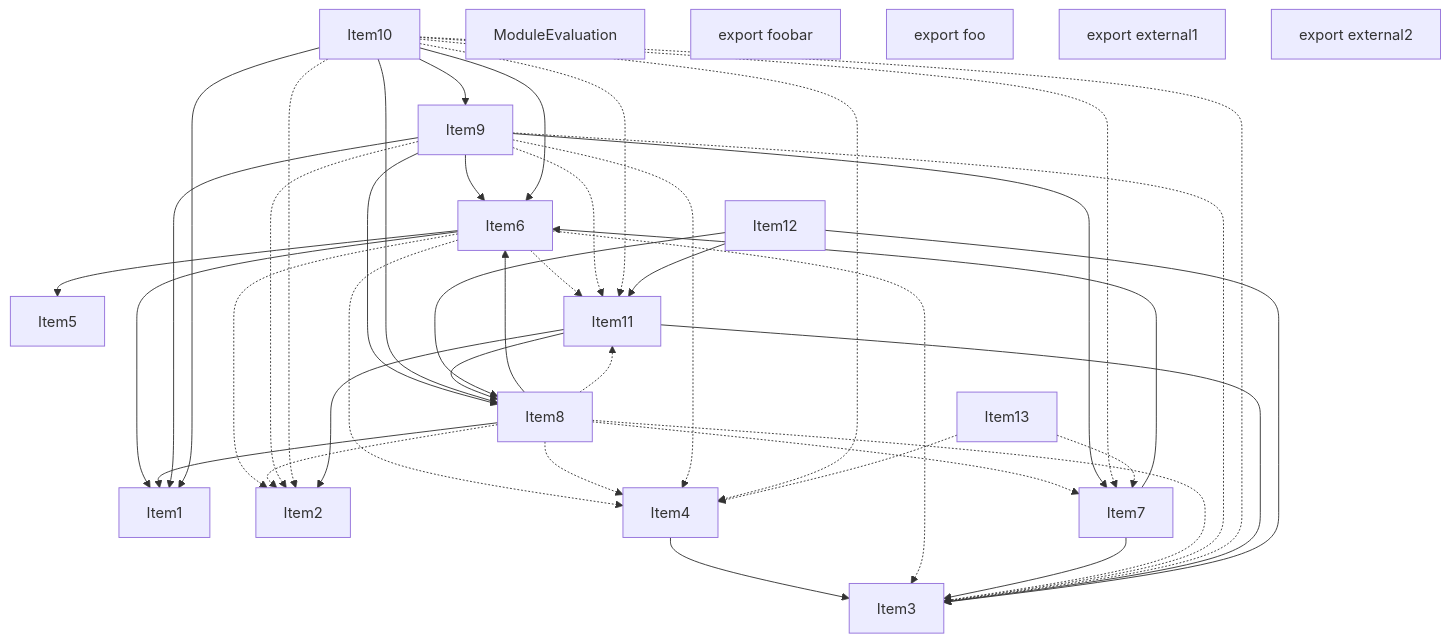
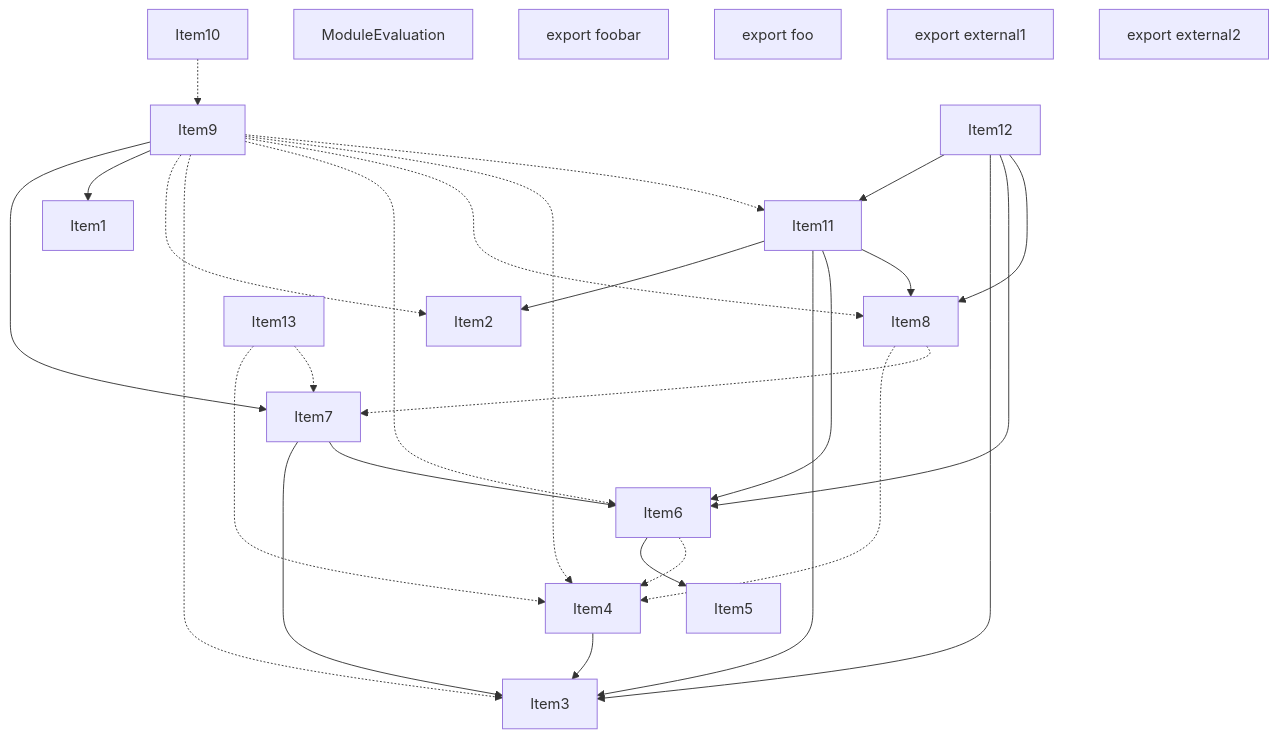
Before and after one commit to vercel/turborepo: the third of 5 diagrams in crates/turbopack-ecmascript/tests/tree-shaker/analyzer/1/output.md, drawn with Mermaid. The commit also changed other lines of this file and 12 other files, not shown here.

````diff
--- a/crates/turbopack-ecmascript/tests/tree-shaker/analyzer/1/output.md
+++ b/crates/turbopack-ecmascript/tests/tree-shaker/analyzer/1/output.md
@@ -238,67 +218,52 @@
 ```mermaid
 graph TD
     Item1;
     Item2;
     Item3;
     Item4;
     Item5;
     Item6;
     Item7;
     Item8;
     Item9;
     Item10;
     Item11;
     Item12;
     Item13;
     Item14;
     Item14["ModuleEvaluation"];
     Item15;
     Item15["export foobar"];
     Item16;
     Item16["export foo"];
     Item17;
     Item17["export external1"];
     Item18;
     Item18["export external2"];
     Item4 --> Item3;
     Item6 --> Item5;
     Item6 -.-> Item4;
-    Item6 --> Item1;
-    Item6 -.-> Item2;
-    Item6 -.-> Item3;
-    Item6 -.-> Item11;
     Item7 --> Item3;
     Item7 --> Item6;
     Item8 -.-> Item4;
     Item8 -.-> Item7;
-    Item8 --> Item1;
-    Item8 --> Item6;
-    Item8 -.-> Item2;
-    Item8 -.-> Item3;
-    Item8 -.-> Item11;
     Item9 --> Item7;
     Item9 --> Item1;
-    Item9 --> Item6;
-    Item9 --> Item8;
     Item9 -.-> Item2;
     Item9 -.-> Item3;
+    Item9 -.-> Item6;
+    Item9 -.-> Item8;
     Item9 -.-> Item4;
     Item9 -.-> Item11;
-    Item10 --> Item9;
-    Item10 --> Item1;
-    Item10 --> Item6;
-    Item10 --> Item8;
-    Item10 -.-> Item2;
-    Item10 -.-> Item3;
-    Item10 -.-> Item4;
-    Item10 -.-> Item7;
-    Item10 -.-> Item11;
+    Item10 -.-> Item9;
     Item11 --> Item2;
     Item11 --> Item3;
+    Item11 --> Item6;
     Item11 --> Item8;
     Item12 --> Item11;
     Item12 --> Item3;
+    Item12 --> Item6;
     Item12 --> Item8;
     Item13 -.-> Item4;
     Item13 -.-> Item7;
 ```
````
